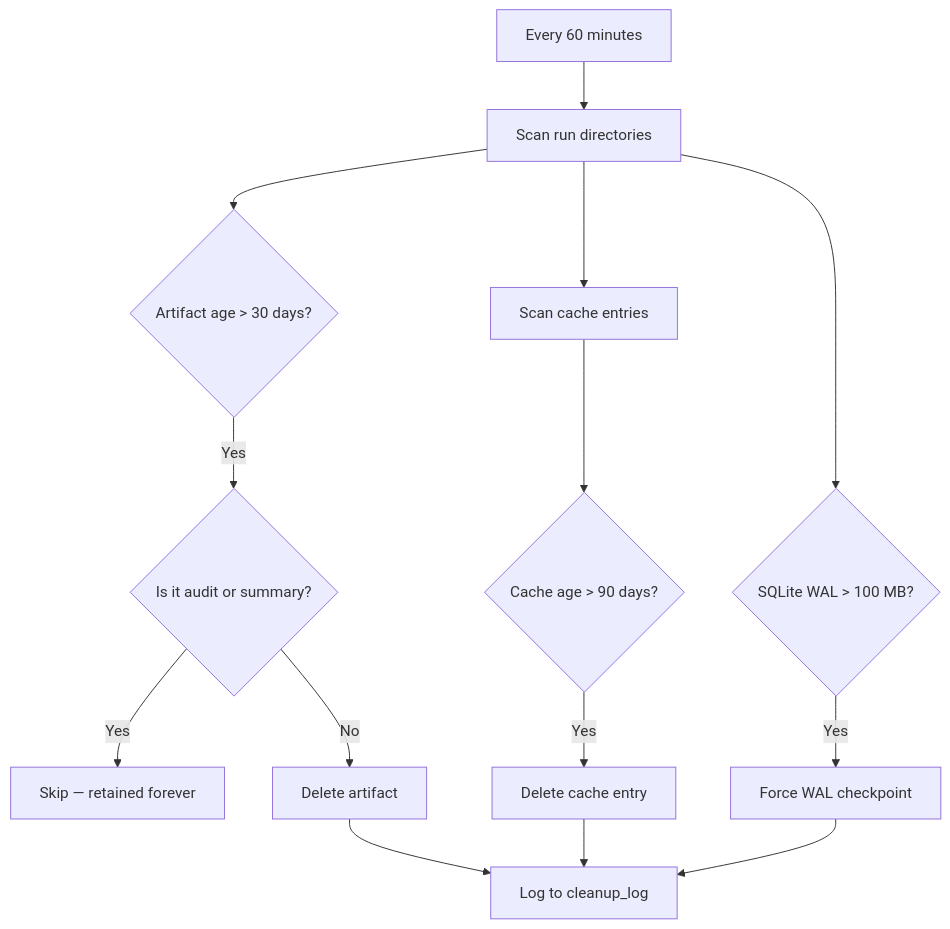
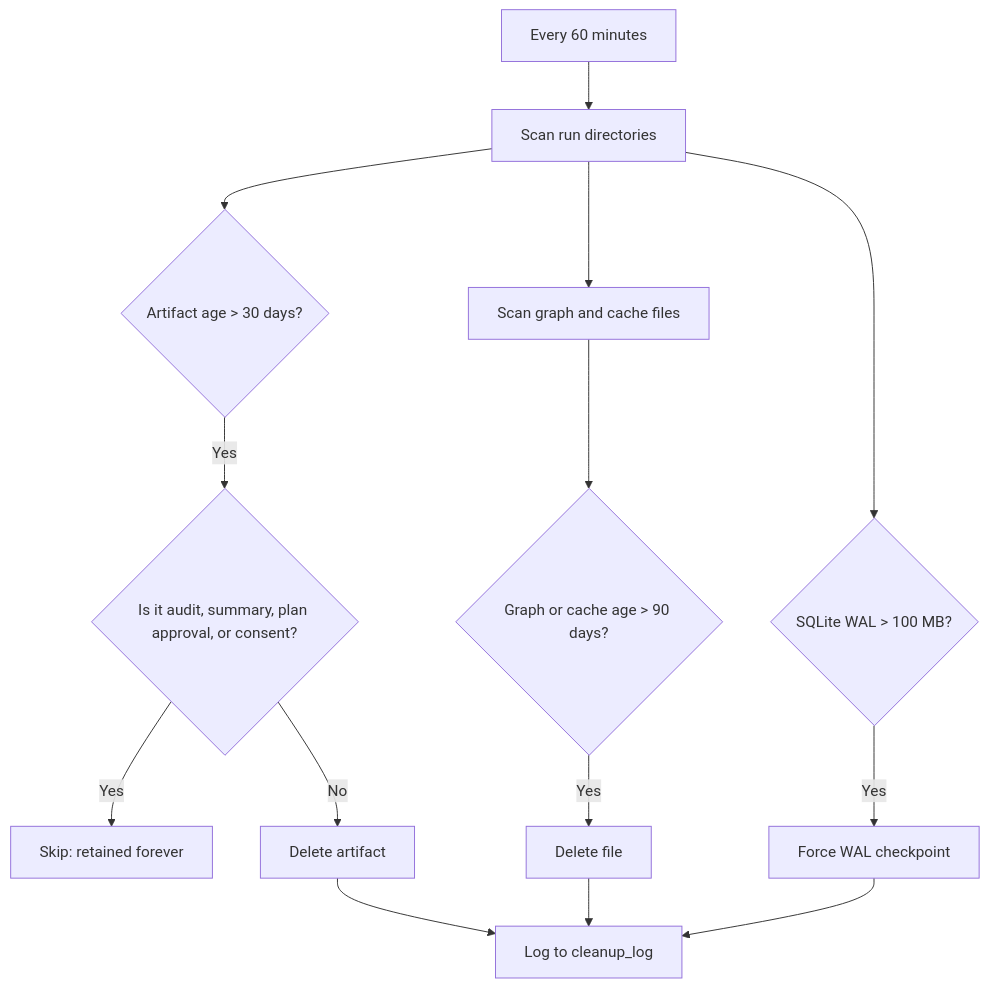
One commit to arubara2021/CodeGuardian changed the second of 3 diagrams in docs/05-data-model.md. Above: the diagram before and after it, drawn with Mermaid. The commit also changed other lines of this file and 5 other files, not shown here.

````diff
--- a/docs/05-data-model.md
+++ b/docs/05-data-model.md
@@ -793,16 +1530,16 @@
 ```mermaid
 flowchart TB
     Trigger[Every 60 minutes] --> Scan[Scan run directories]
     Scan --> CheckAge{Artifact age > 30 days?}
-    CheckAge -->|Yes| CheckAudit{Is it audit or summary?}
-    CheckAudit -->|Yes| Skip[Skip — retained forever]
-    CheckAudit -->|No| Delete[Delete artifact]
+    CheckAge -->|Yes| CheckKeep{Is it audit, summary, plan approval, or consent?}
+    CheckKeep -->|Yes| Skip[Skip: retained forever]
+    CheckKeep -->|No| Delete[Delete artifact]
     Delete --> Log[Log to cleanup_log]
-    Scan --> ScanCache[Scan cache entries]
-    ScanCache --> CheckCacheAge{Cache age > 90 days?}
-    CheckCacheAge -->|Yes| DeleteCache[Delete cache entry]
-    DeleteCache --> Log
+    Scan --> ScanGraph[Scan graph and cache files]
+    ScanGraph --> CheckGraphAge{Graph or cache age > 90 days?}
+    CheckGraphAge -->|Yes| DeleteGraph[Delete file]
+    DeleteGraph --> Log
     Scan --> CheckWAL{SQLite WAL > 100 MB?}
     CheckWAL -->|Yes| Checkpoint[Force WAL checkpoint]
     Checkpoint --> Log
 ```
````
